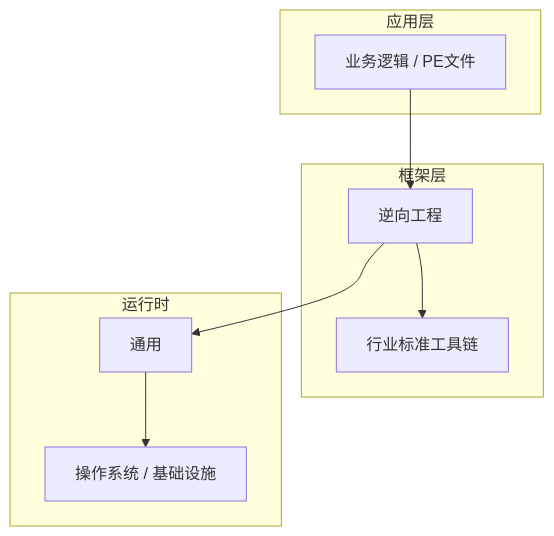
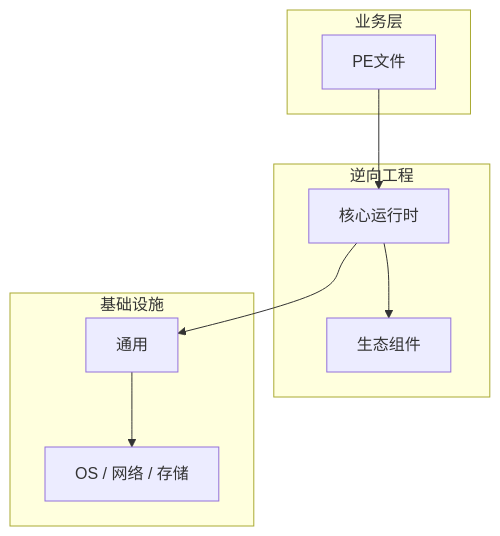
One commit to yanggan2015/knowledge-json-v2 changed the diagram in articles/逆向工程/chapters/013-PE文件核心概念与原理.md. Above: the diagram before and after it, drawn with Mermaid. The commit also changed other lines of this file and 10127 other files, not shown here.

````diff
--- a/articles/逆向工程/chapters/013-PE文件核心概念与原理.md
+++ b/articles/逆向工程/chapters/013-PE文件核心概念与原理.md
@@ -46,18 +31,18 @@
 ```mermaid
 graph TB
-    subgraph 应用层
-        A[业务逻辑 / PE文件]
+    subgraph 业务层
+        A[PE文件]
     end
-    subgraph 框架层
-        B[逆向工程]
-        C[行业标准工具链]
+    subgraph 逆向工程
+        B[核心运行时]
+        C[生态组件]
     end
-    subgraph 运行时
+    subgraph 基础设施
         D[通用]
-        E[操作系统 / 基础设施]
+        E[OS / 网络 / 存储]
     end
     A --> B
     B --> C
     B --> D
     D --> E
 ```
````
